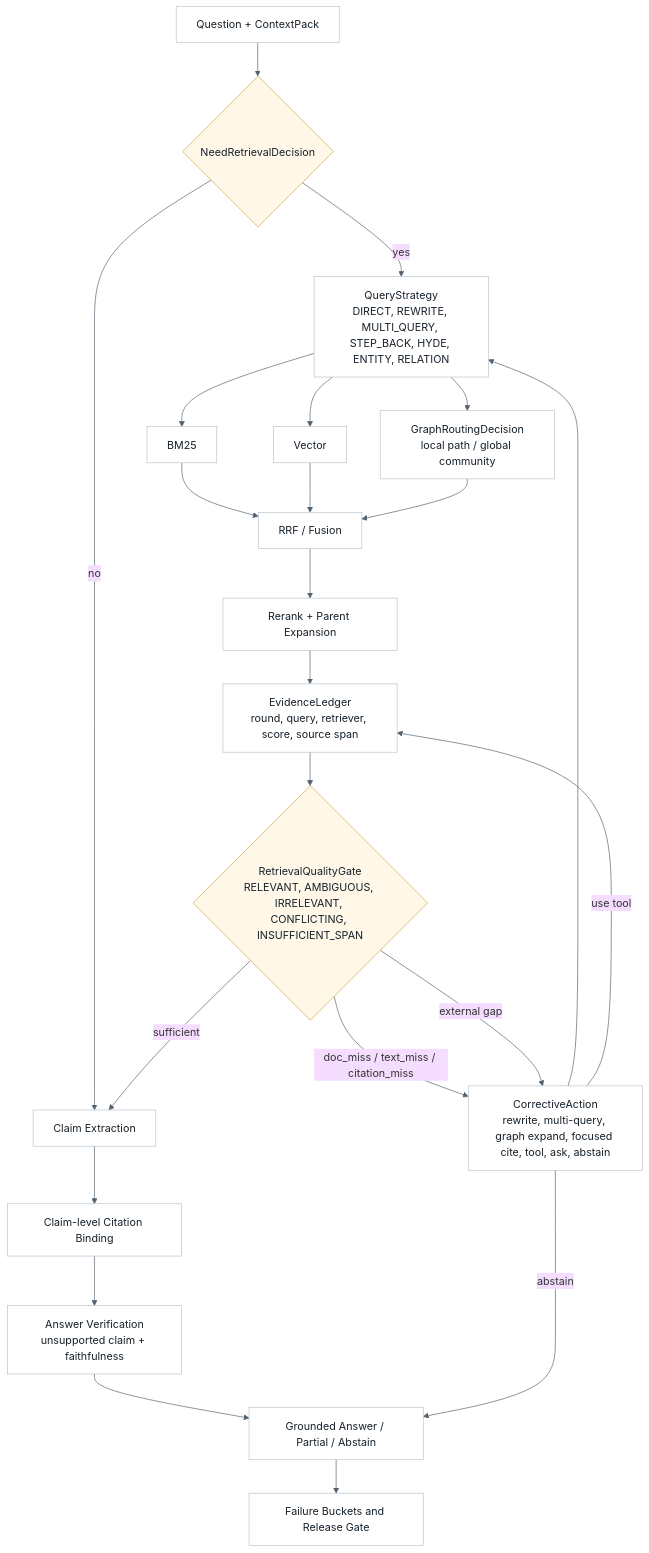
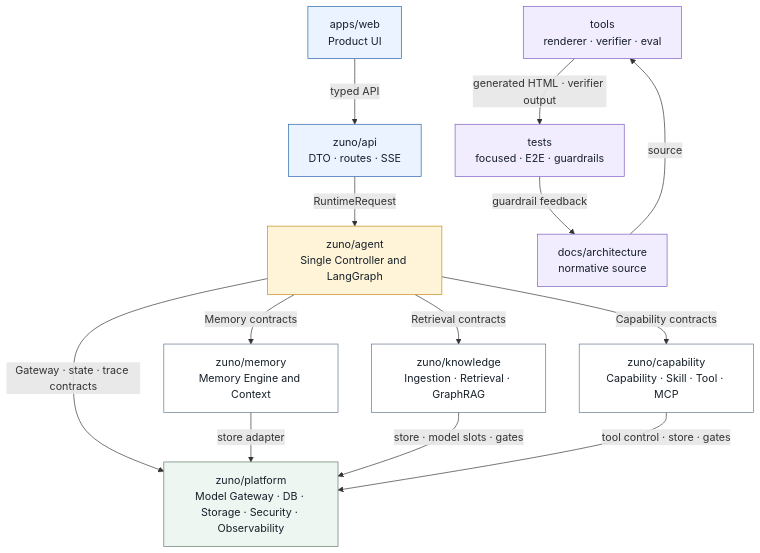
Before and after one commit to ProfessorZhi/Zuno: the fourth of 30 diagrams in docs/architecture/architecture.md, drawn with Mermaid. The commit also changed other lines of this file, not shown here.

Commit message:
Rebuild architecture atlas with canonical Mermaid views

````diff
--- a/docs/architecture/architecture.md
+++ b/docs/architecture/architecture.md
@@ -676,40 +278,39 @@
 ```mermaid
-%%{init: {"theme": "base", "themeVariables": {"background": "#f7f8fb", "lineColor": "#52616f"}}}%%
 flowchart TB
-  classDef node fill:#ffffff,stroke:#b8c2cc,stroke-width:1px,color:#16202a;
-  classDef decision fill:#fff8e8,stroke:#d2a44a,stroke-width:1px,color:#16202a;
-  classDef gate fill:#eef6ff,stroke:#7aa2d8,stroke-width:1px,color:#16202a;
+  classDef product fill:#eaf3ff,stroke:#2563a6,color:#16202a;
+  classDef core fill:#fff4d8,stroke:#c58a18,color:#16202a;
+  classDef module fill:#ffffff,stroke:#64748b,color:#16202a;
+  classDef platform fill:#eef6f1,stroke:#60766a,color:#16202a;
+  classDef governance fill:#f2ecff,stroke:#7c5cbf,color:#16202a;
 
-  Question["Question + ContextPack"]
-  Need{"NeedRetrievalDecision"}
-  Query["QueryStrategy<br/>DIRECT, REWRITE, MULTI_QUERY, STEP_BACK, HYDE, ENTITY, RELATION"]
-  BM25["BM25"]
-  Vector["Vector"]
-  Graph["GraphRoutingDecision<br/>local path / global community"]
-  Fusion["RRF / Fusion"]
-  Rerank["Rerank + Parent Expansion"]
-  Ledger["EvidenceLedger<br/>round, query, retriever, score, source span"]
-  Quality{"RetrievalQualityGate<br/>RELEVANT, AMBIGUOUS, IRRELEVANT, CONFLICTING, INSUFFICIENT_SPAN"}
-  Correct["CorrectiveAction<br/>rewrite, multi-query, graph expand, focused cite, tool, ask, abstain"]
-  Claim["Claim Extraction"]
-  Bind["Claim-level Citation Binding"]
-  Verify["Answer Verification<br/>unsupported claim + faithfulness"]
-  Final["Grounded Answer / Partial / Abstain"]
-  Eval["Failure Buckets and Release Gate"]
+  WEB["apps/web<br/>Product UI"]
+  API["zuno/api<br/>DTO · routes · SSE"]
+  AGENT["zuno/agent<br/>Single Controller and LangGraph"]
+  MEMORY["zuno/memory<br/>Memory Engine and Context"]
+  KNOWLEDGE["zuno/knowledge<br/>Ingestion · Retrieval · GraphRAG"]
+  CAPABILITY["zuno/capability<br/>Capability · Skill · Tool · MCP"]
+  PLATFORM["zuno/platform<br/>Model Gateway · DB · Storage · Security · Observability"]
+  TOOLS["tools<br/>renderer · verifier · eval"]
+  TESTS["tests<br/>focused · E2E · guardrails"]
+  DOCS["docs/architecture<br/>normative source"]
 
-  Question --> Need
-  Need -->|yes| Query
-  Need -->|no| Claim
-  Query --> BM25 --> Fusion
-  Query --> Vector --> Fusion
-  Query --> Graph --> Fusion
-  Fusion --> Rerank --> Ledger --> Quality
-  Quality -->|sufficient| Claim --> Bind --> Verify --> Final --> Eval
-  Quality -->|doc_miss / text_miss / citation_miss| Correct --> Query
-  Quality -->|external gap| Correct
-  Correct -->|use tool| Ledger
-  Correct -->|abstain| Final
+  WEB -->|typed API| API
+  API -->|RuntimeRequest| AGENT
+  AGENT -->|Memory contracts| MEMORY
+  AGENT -->|Retrieval contracts| KNOWLEDGE
+  AGENT -->|Capability contracts| CAPABILITY
+  AGENT -->|Gateway · state · trace contracts| PLATFORM
+  MEMORY -->|store adapter| PLATFORM
+  KNOWLEDGE -->|store · model slots · gates| PLATFORM
+  CAPABILITY -->|tool control · store · gates| PLATFORM
 
-  class Question,Query,BM25,Vector,Graph,Fusion,Rerank,Ledger,Correct,Claim,Bind,Verify,Final,Eval node;
-  class Need,Quality decision;
+  DOCS -->|source| TOOLS
+  TOOLS -->|generated HTML · verifier output| TESTS
+  TESTS -->|guardrail feedback| DOCS
+
+  class WEB,API product;
+  class AGENT core;
+  class MEMORY,KNOWLEDGE,CAPABILITY module;
+  class PLATFORM platform;
+  class DOCS,TOOLS,TESTS governance;
 ```
````
